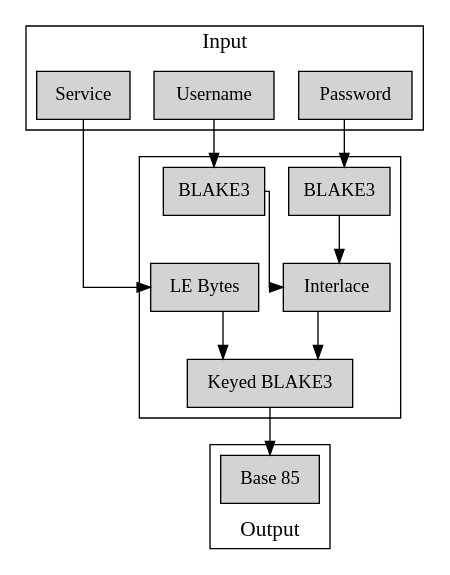
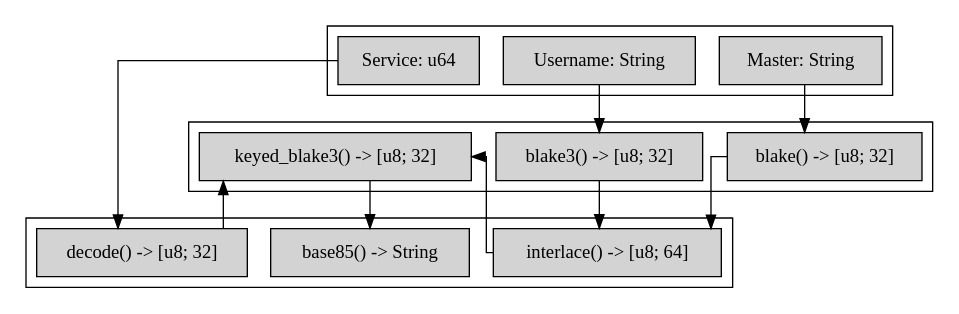
The diagram in diagram.dot (mbednarek360/passplexer), drawn with Graphviz before and after one commit. The commit also changed 2 other files, not shown here.

Commit message:
Updated diagram

```diff
--- a/diagram.dot
+++ b/diagram.dot
@@ -1,59 +1,53 @@
 digraph d {
 
     // settings
     graph [fontsize=16 compound=true, splines=ortho];
     node [shape=rect fontsize=14, style=filled];
 
-    // inputs
+    // input
     subgraph cluster_input {
 
-        // label
-        label = "Input";
-
         // input nodes
-        s [label = "Service"];
-        u [label = "Username"];
-        p [label = "Password"];
-
+        service_id [label = "Service: u64"];
+        username [label = "Username: String"];
+        master_pass [label = "Master: String"];
 
     }
 
-    // hashes
-    subgraph cluster_hash {
+    // hashing
+    subgraph cluster_hashing {
 
-        // hash nodes
-        uh [label = "BLAKE3"];
-        ph [label = "BLAKE3"];
+        // hashes
+        user_hash [label = "blake3() -> [u8; 32]"];
+        master_hash [label = "blake() -> [u8; 32]"];
+        salted_hash [label = "keyed_blake3() -> [u8; 32]"];
 
-        // hash inputs
-        // s -> {sh, uh}
-        u -> {uh}
-        p -> {ph}
-
-        // interlace
-        i [label = "Interlace"];
-        uh -> i
-        ph -> i
-
-        // salt gen
-        sg [label = "LE Bytes"];
-        s -> sg;
-
-        // final hash
-        fh [label = "Keyed BLAKE3"];
-        i -> fh
-        sg -> fh;
     }
 
-    // output
-    subgraph cluster_output {
+    // conversion
+    subgraph cluster_conversion {
 
-        // label
-        label = "Output"
-        labelloc="b"
+        // conversion functions
+        base85 [label = "base85() -> String"];
+        salt_gen [label = "decode() -> [u8; 32]"];
+        interlace [label = "interlace() -> [u8; 64]"];
 
-        // encoding
-        out [label = "Base 85"];
-        fh -> out;
     }
+
+    // input
+    service_id -> salt_gen;
+    username -> user_hash;
+    master_pass -> master_hash;
+
+    // hashing
+    user_hash -> interlace;
+    master_hash -> interlace;
+    salted_hash -> base85;
+
+    // conversion
+    interlace -> salted_hash;
+    salt_gen -> salted_hash;
+   
+
+
 }
```
